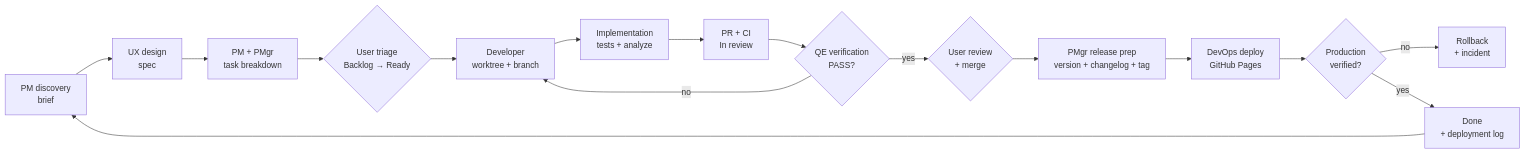
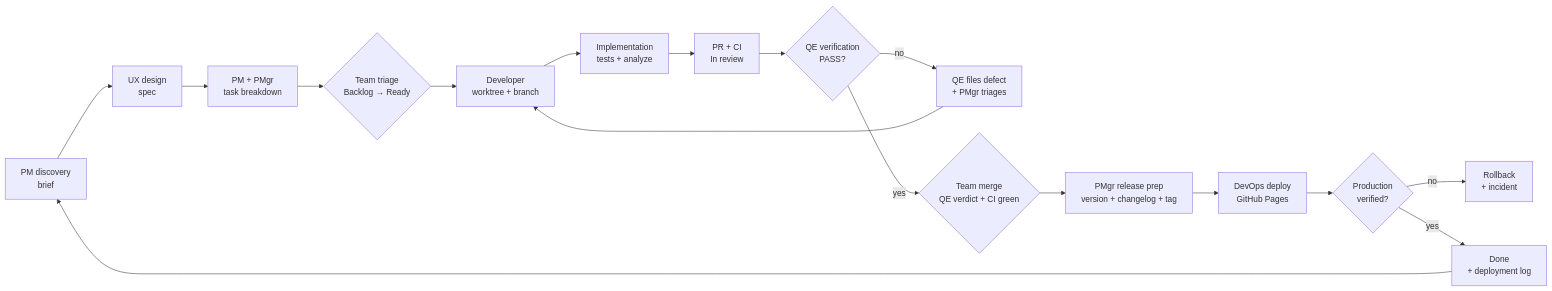
The diagram in docs/agent-team.md (y0n1/bust_a_move_clone), drawn with Mermaid before and after one commit. The commit also changed other lines of this file and 20 other files, not shown here.

First line of the commit message:
docs: team self-governance and triaged backlog

````diff
--- a/docs/agent-team.md
+++ b/docs/agent-team.md
@@ -91,18 +99,19 @@
 ```mermaid
 flowchart LR
     A[PM discovery<br/>brief] --> B[UX design<br/>spec]
     B --> C[PM + PMgr<br/>task breakdown]
-    C --> D{User triage<br/>Backlog → Ready}
+    C --> D{Team triage<br/>Backlog → Ready}
     D --> E[Developer<br/>worktree + branch]
     E --> F[Implementation<br/>tests + analyze]
     F --> G[PR + CI<br/>In review]
     G --> H{QE verification<br/>PASS?}
-    H -- no --> E
-    H -- yes --> I{User review<br/>+ merge}
+    H -- no --> Q[QE files defect<br/>+ PMgr triages]
+    Q --> E
+    H -- yes --> I{Team merge<br/>QE verdict + CI green}
     I --> J[PMgr release prep<br/>version + changelog + tag]
     J --> K[DevOps deploy<br/>GitHub Pages]
     K --> L{Production<br/>verified?}
     L -- no --> M[Rollback<br/>+ incident]
     L -- yes --> N[Done<br/>+ deployment log]
     N --> A
 ```
````
